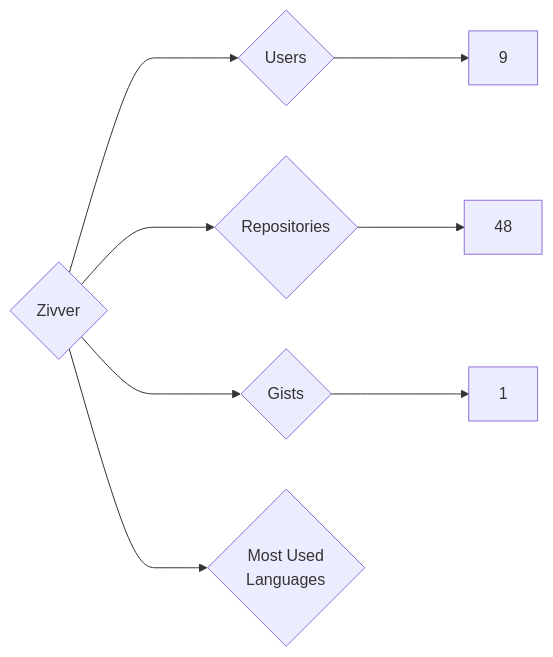
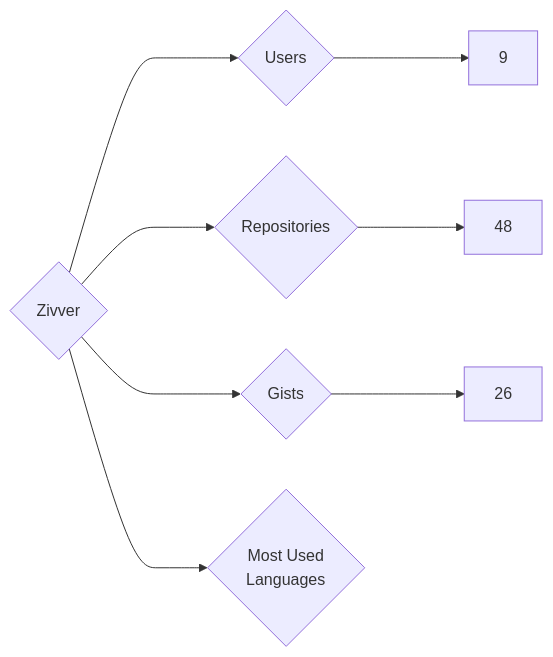
One commit to nenadzaric/insiders changed the diagram in targets/Zivver/README.md. Above: the diagram before and after it, drawn with Mermaid. The commit also changed 1342 other files, not shown here.

````diff
--- a/targets/Zivver/README.md
+++ b/targets/Zivver/README.md
@@ -3,8 +3,8 @@
 ```mermaid
 graph LR
 COMPANY_NAME{Zivver}
 COMPANY_NAME ---> U{Users} ---> UN[9]
 COMPANY_NAME ---> R{Repositories} ---> RN[48]
-COMPANY_NAME ---> G{Gists} ---> GN[1]
+COMPANY_NAME ---> G{Gists} ---> GN[26]
 COMPANY_NAME ---> ML{Most Used<br>Languages}
 ```
````
